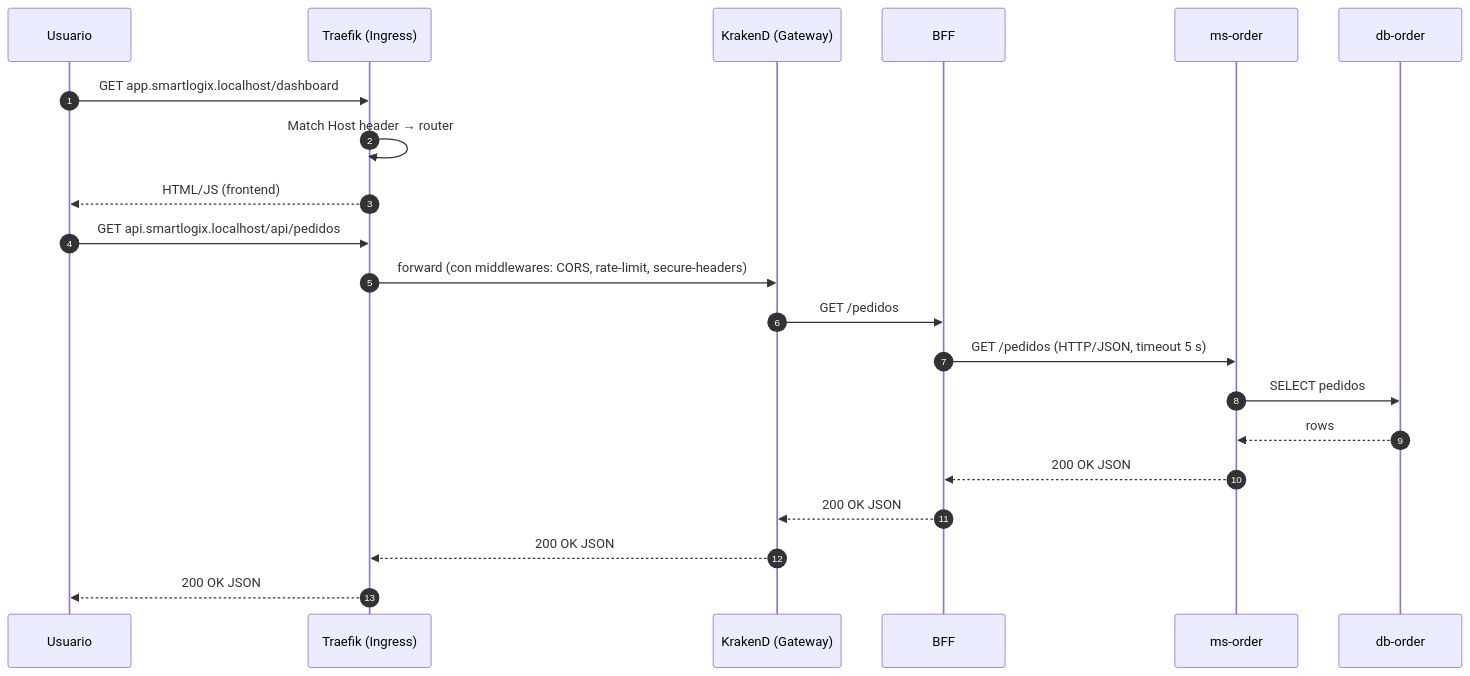
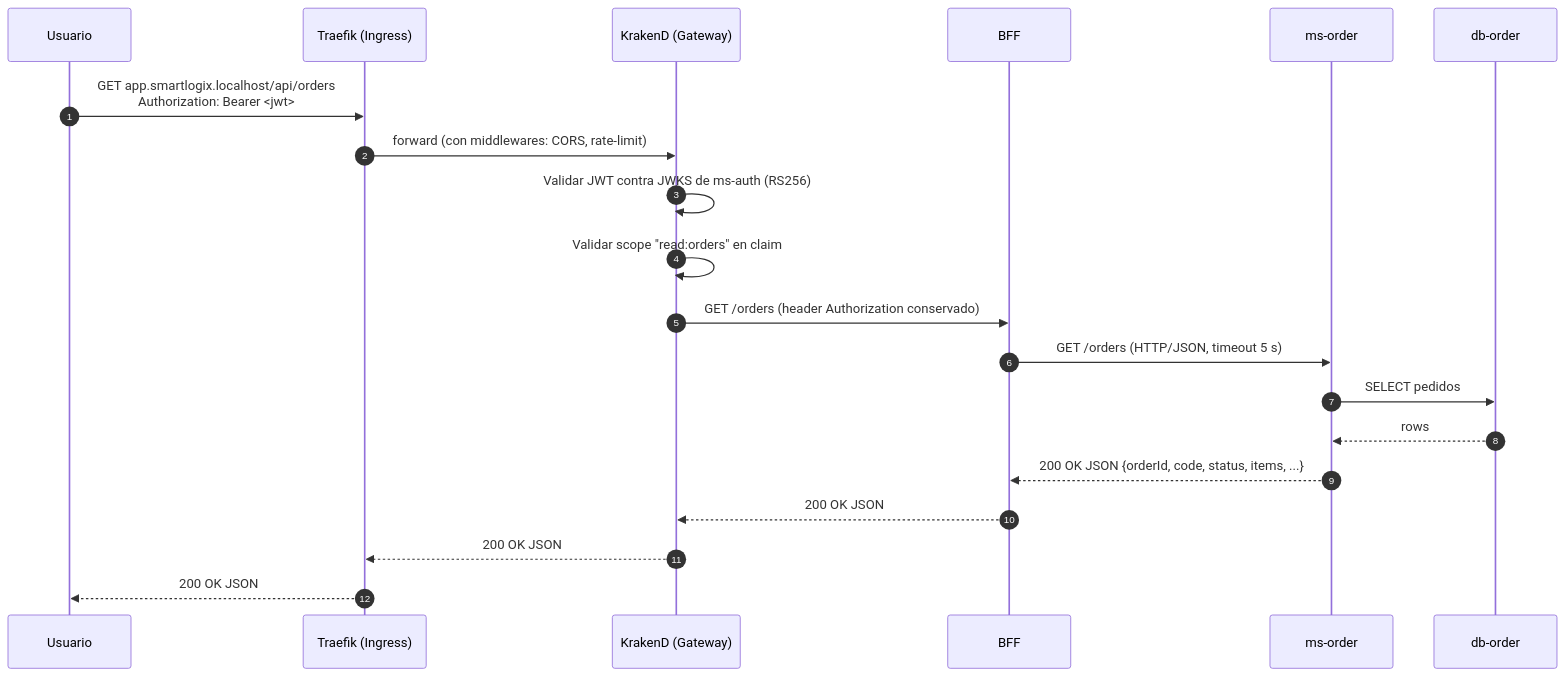
Before and after one commit to smartLogixfs/smartlogixs: the third of 8 diagrams in README.md, drawn with Mermaid. The commit also changed other lines of this file and 8 other files, not shown here.

````diff
--- a/README.md
+++ b/README.md
@@ -130,25 +142,23 @@
 ```mermaid
 sequenceDiagram
     autonumber
     participant U as Usuario
     participant T as Traefik (Ingress)
     participant K as KrakenD (Gateway)
     participant B as BFF
     participant M as ms-order
     participant D as db-order
 
-    U->>T: GET app.smartlogix.localhost/dashboard
-    T->>T: Match Host header → router
-    T-->>U: HTML/JS (frontend)
-
-    U->>T: GET api.smartlogix.localhost/api/pedidos
-    T->>K: forward (con middlewares: CORS, rate-limit, secure-headers)
-    K->>B: GET /pedidos
-    B->>M: GET /pedidos (HTTP/JSON, timeout 5 s)
+    U->>T: GET app.smartlogix.localhost/api/orders<br/>Authorization: Bearer <jwt>
+    T->>K: forward (con middlewares: CORS, rate-limit)
+    K->>K: Validar JWT contra JWKS de ms-auth (RS256)
+    K->>K: Validar scope "read:orders" en claim
+    K->>B: GET /orders (header Authorization conservado)
+    B->>M: GET /orders (HTTP/JSON, timeout 5 s)
     M->>D: SELECT pedidos
     D-->>M: rows
-    M-->>B: 200 OK JSON
+    M-->>B: 200 OK JSON {orderId, code, status, items, ...}
     B-->>K: 200 OK JSON
     K-->>T: 200 OK JSON
     T-->>U: 200 OK JSON
 ```
````
